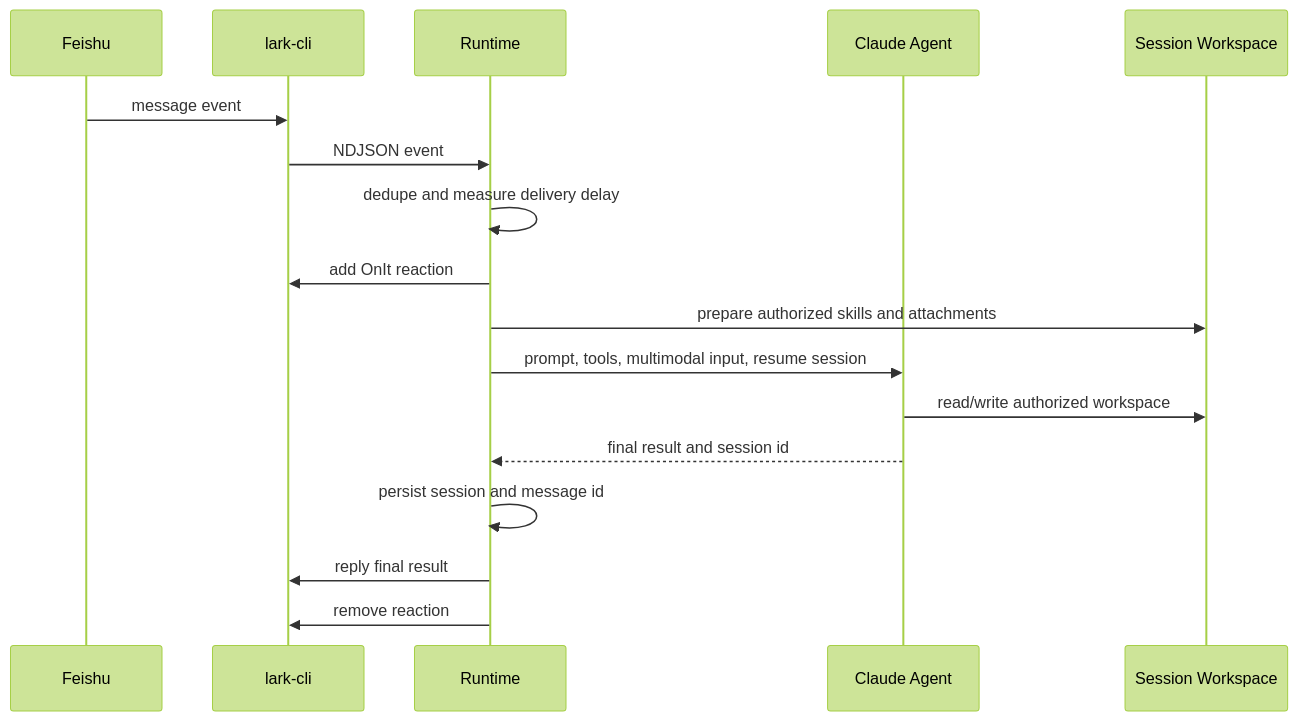
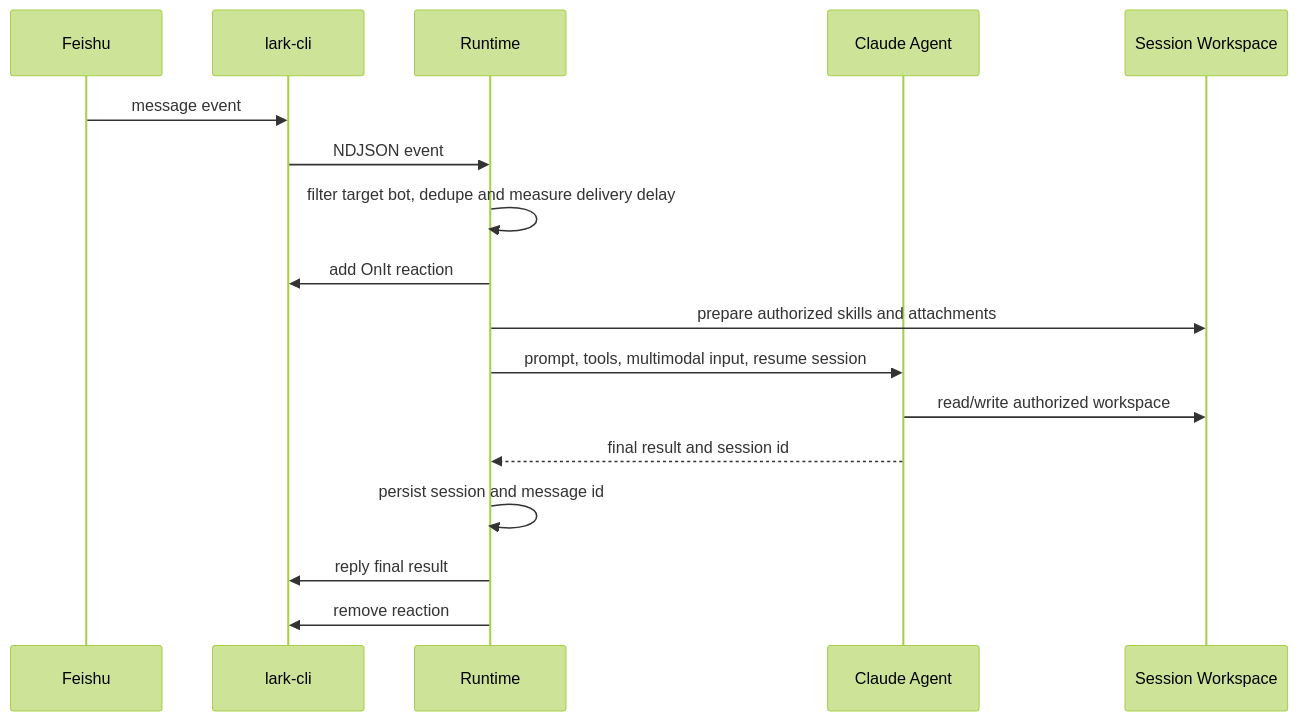
One commit to Quarkfan/QuarkFanTools changed the second of 2 diagrams in docs/architecture.md. Above: the diagram before and after it, drawn with Mermaid (forest theme). The commit also changed other lines of this file and 20 other files, not shown here.

Commit message:
fix: route mentioned group messages to target bot

````diff
--- a/docs/architecture.md
+++ b/docs/architecture.md
@@ -26,20 +26,20 @@
 ```mermaid
 sequenceDiagram
     participant F as Feishu
     participant L as lark-cli
     participant R as Runtime
     participant C as Claude Agent
     participant W as Session Workspace
 
     F->>L: message event
     L->>R: NDJSON event
-    R->>R: dedupe and measure delivery delay
+    R->>R: filter target bot, dedupe and measure delivery delay
     R->>L: add OnIt reaction
     R->>W: prepare authorized skills and attachments
     R->>C: prompt, tools, multimodal input, resume session
     C->>W: read/write authorized workspace
     C-->>R: final result and session id
     R->>R: persist session and message id
     R->>L: reply final result
     R->>L: remove reaction
 ```
````
